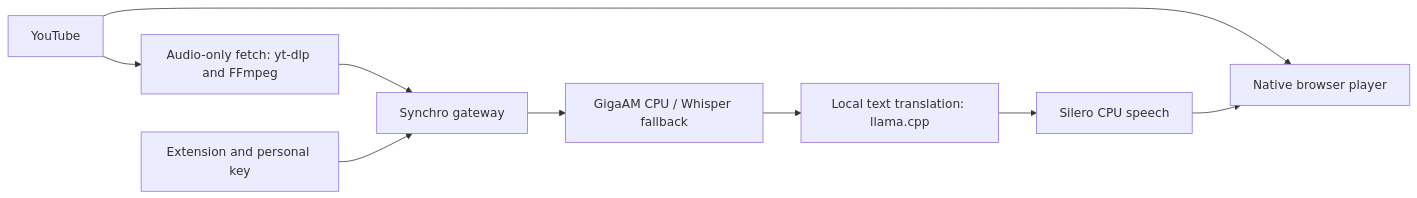
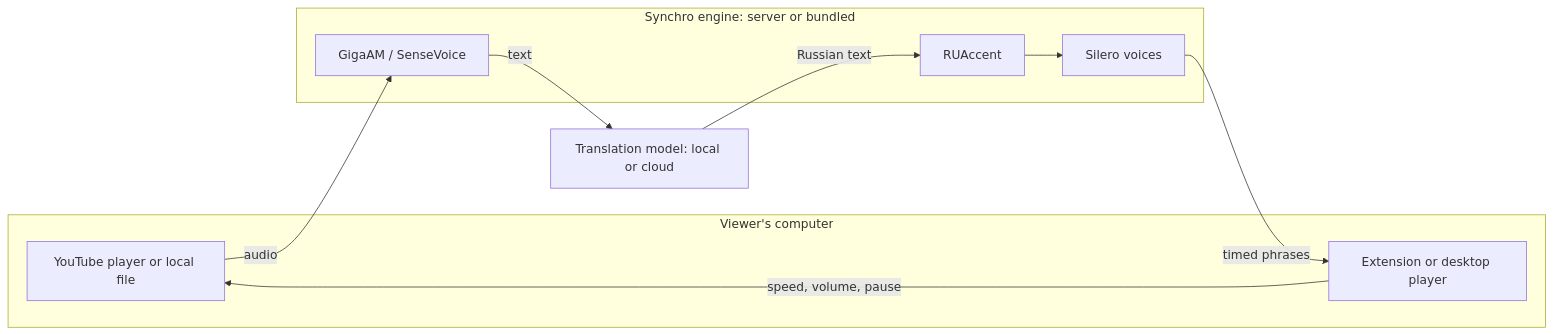
Before and after one commit to danifest751/synchro: the diagram in README.md, drawn with Mermaid. The commit also changed other lines of this file, not shown here.

First line of the commit message:
Rewrite the README for the extension and the desktop player

````diff
--- a/README.md
+++ b/README.md
@@ -31,11 +81,18 @@
 ```mermaid
 flowchart LR
-    YouTube --> Player[Native browser player]
-    YouTube --> Audio[Audio-only fetch: yt-dlp and FFmpeg]
-    Audio --> Gateway[Synchro gateway]
-    Gateway --> ASR[GigaAM CPU / Whisper fallback]
-    ASR --> Translate[Local text translation: llama.cpp]
-    Translate --> Speech[Silero CPU speech]
-    Speech --> Player
-    Extension[Extension and personal key] --> Gateway
+    subgraph Viewer[Viewer's computer]
+        Video[YouTube player or local file]
+        Browser[Extension or desktop player]
+    end
+    subgraph Engine[Synchro engine: server or bundled]
+        ASR[GigaAM / SenseVoice]
+        Stress[RUAccent]
+        TTS[Silero voices]
+    end
+    Provider[Translation model: local or cloud]
+    Video -- audio --> ASR
+    ASR -- text --> Provider
+    Provider -- Russian text --> Stress --> TTS
+    TTS -- timed phrases --> Browser
+    Browser -- speed, volume, pause --> Video
 ```
````
